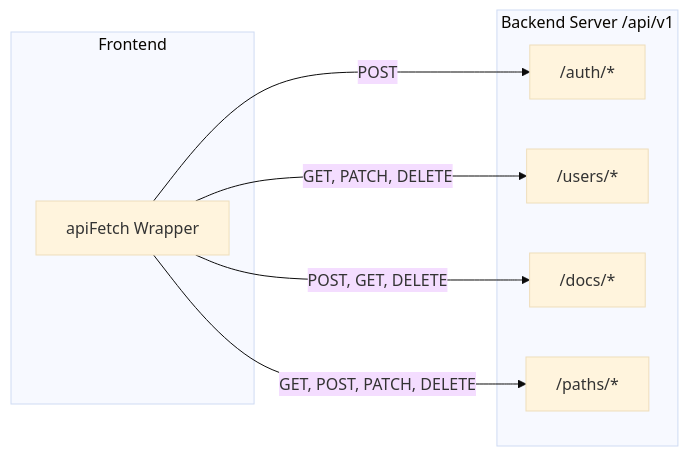
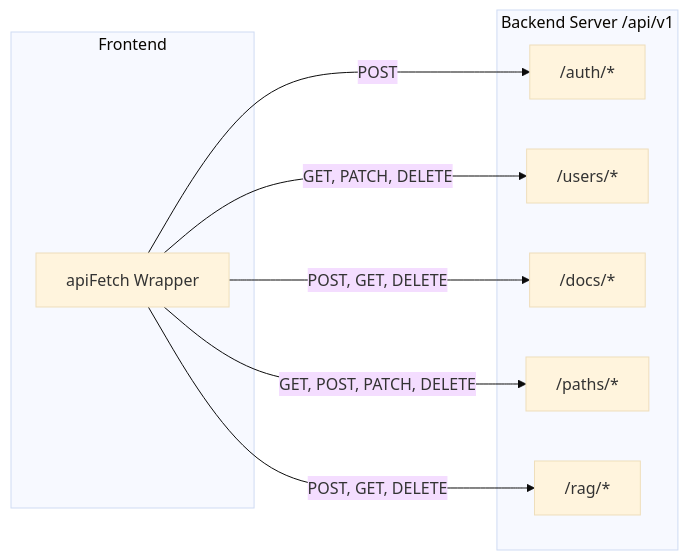
The second of 5 diagrams in docs/overview/architecture.md (NassaQ/docs), drawn with Mermaid (base theme) before and after one commit. The commit also changed other lines of this file and 9 other files, not shown here.

````diff
--- a/docs/overview/architecture.md
+++ b/docs/overview/architecture.md
@@ -118,18 +139,20 @@
 ```mermaid
 graph LR
     subgraph Frontend
         A[apiFetch Wrapper]
     end
 
     subgraph "Backend Server /api/v1"
         B["/auth/*"]
         C["/users/*"]
         D["/docs/*"]
         E["/paths/*"]
+        F["/rag/*"]
     end
 
     A -->|"POST"| B
     A -->|"GET, PATCH, DELETE"| C
     A -->|"POST, GET, DELETE"| D
     A -->|"GET, POST, PATCH, DELETE"| E
+    A -->|"POST, GET, DELETE"| F
 ```
````
